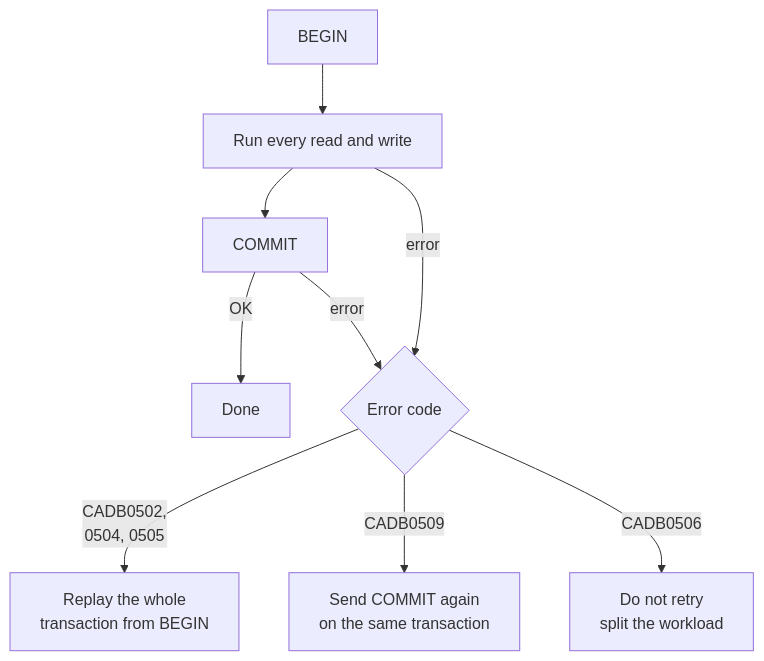
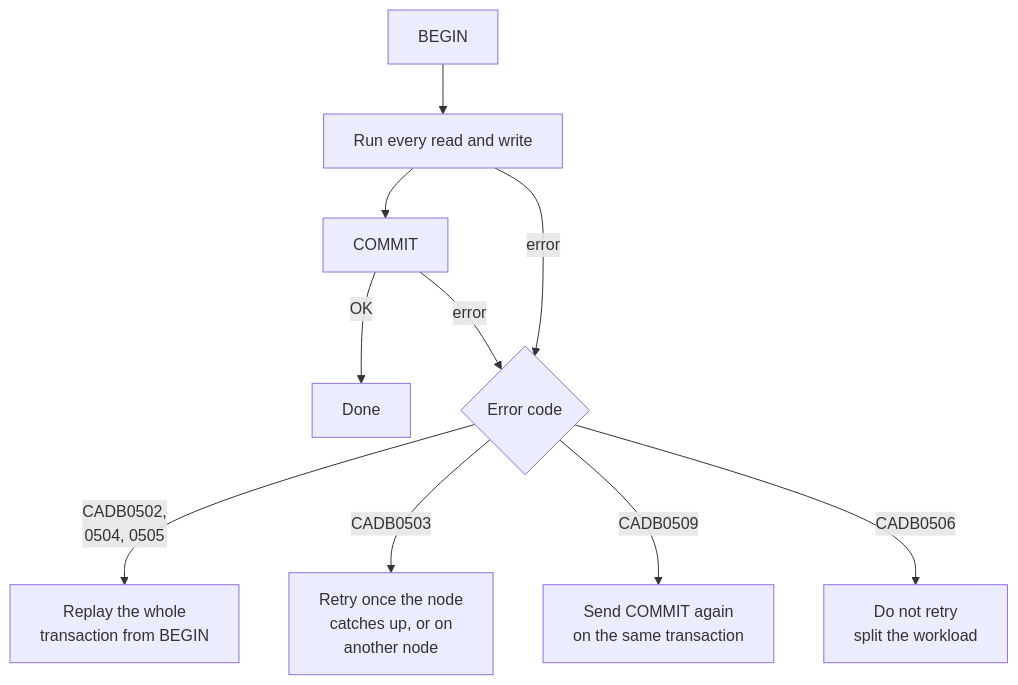
One commit to camusdb/camusdb.github.io changed the diagram in docs/serializable-retries.md. Above: the diagram before and after it, drawn with Mermaid. The commit also changed other lines of this file and 174 other files, not shown here.

````diff
--- a/docs/serializable-retries.md
+++ b/docs/serializable-retries.md
@@ -56,11 +55,12 @@
 ```mermaid
 flowchart TD
     B[BEGIN] --> W[Run every read and write]
     W --> C[COMMIT]
     C -->|OK| D[Done]
     W -->|error| E{Error code}
     C -->|error| E
     E -->|"CADB0502,<br/>0504, 0505"| RB["Replay the whole<br/>transaction from BEGIN"]
+    E -->|CADB0503| RL["Retry once the node<br/>catches up, or on<br/>another node"]
     E -->|CADB0509| RC["Send COMMIT again<br/>on the same transaction"]
     E -->|CADB0506| S["Do not retry<br/>split the workload"]
 ```
````
